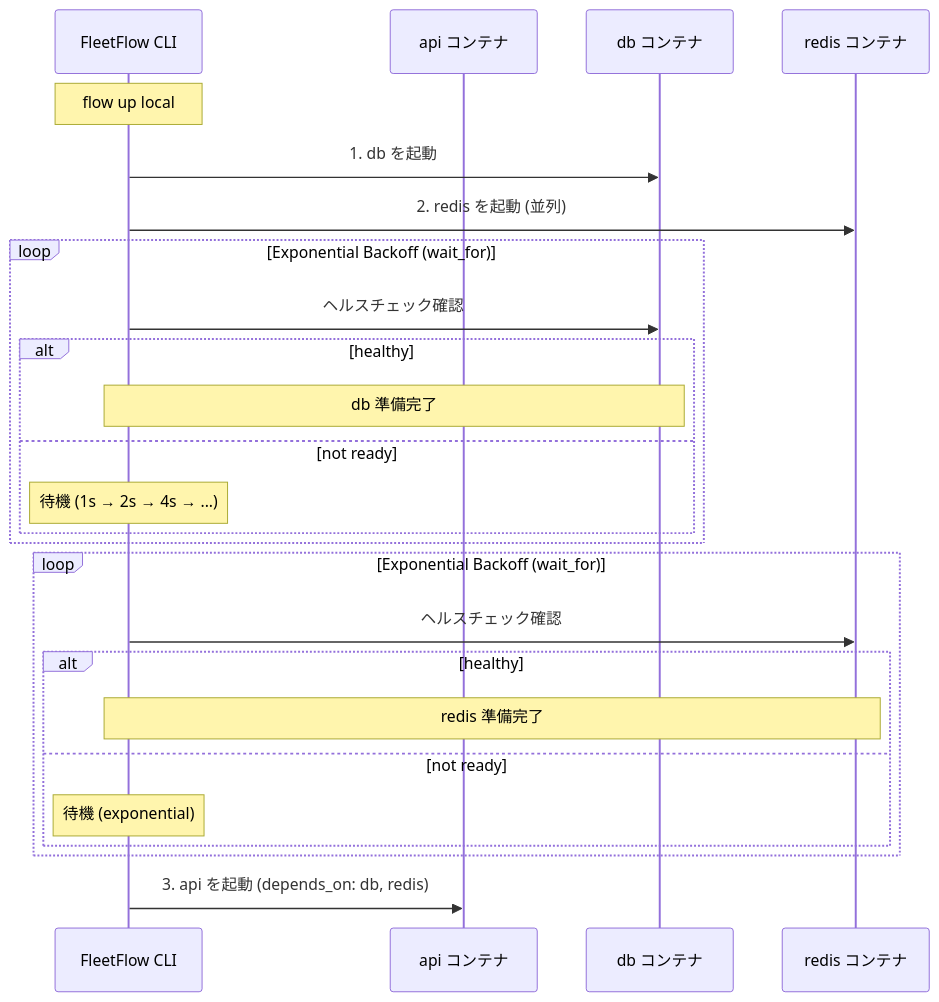
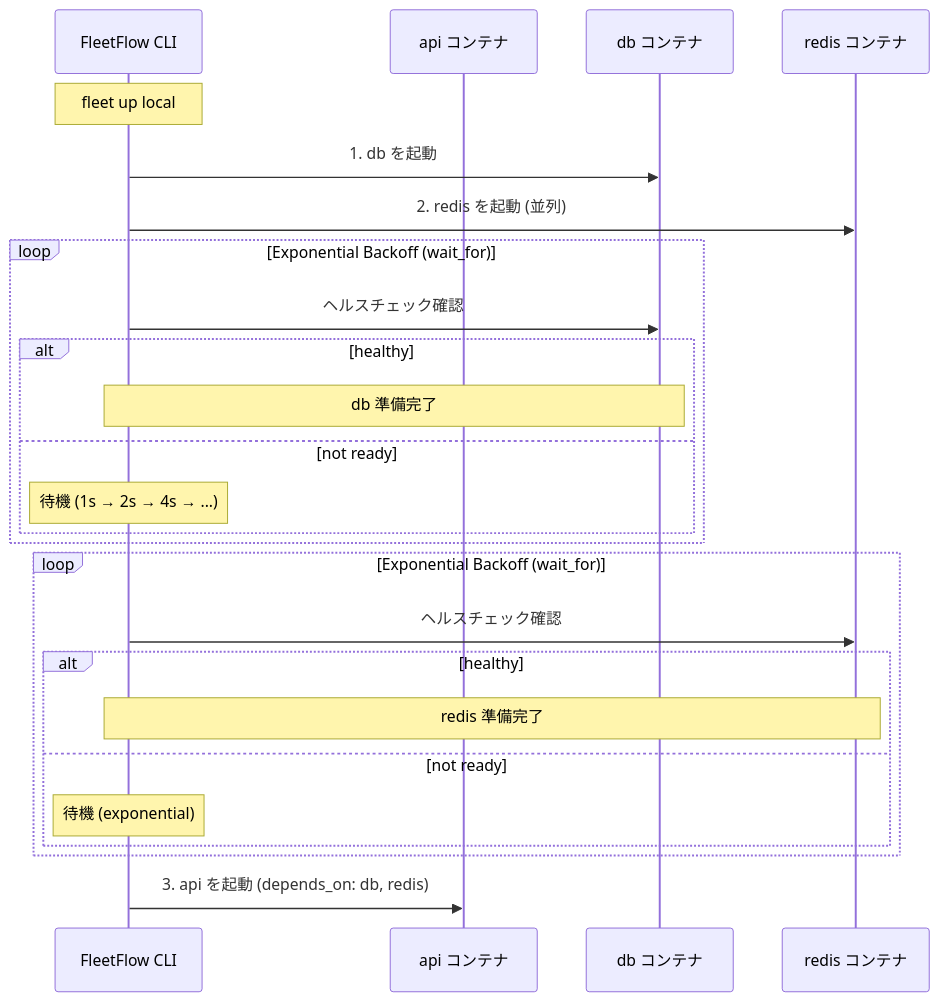
The fifth of 10 diagrams in guides/04-kdl-structure-visual.md (chronista-club/fleetflow), drawn with Mermaid before and after one commit. The commit also changed 52 other files, not shown here.

First line of the commit message:
refactor: バイナリ名を flow から fleet に変更

````diff
--- a/guides/04-kdl-structure-visual.md
+++ b/guides/04-kdl-structure-visual.md
@@ -167,32 +167,32 @@
 ```mermaid
 sequenceDiagram
     participant CLI as FleetFlow CLI
     participant API as api コンテナ
     participant DB as db コンテナ
     participant REDIS as redis コンテナ
 
-    Note over CLI: flow up local
+    Note over CLI: fleet up local
 
     CLI->>DB: 1. db を起動
     CLI->>REDIS: 2. redis を起動 (並列)
 
     loop Exponential Backoff (wait_for)
         CLI->>DB: ヘルスチェック確認
         alt healthy
             Note over CLI,DB: db 準備完了
         else not ready
             Note over CLI: 待機 (1s → 2s → 4s → ...)
         end
     end
 
     loop Exponential Backoff (wait_for)
         CLI->>REDIS: ヘルスチェック確認
         alt healthy
             Note over CLI,REDIS: redis 準備完了
         else not ready
             Note over CLI: 待機 (exponential)
         end
     end
 
     CLI->>API: 3. api を起動 (depends_on: db, redis)
 ```
````
